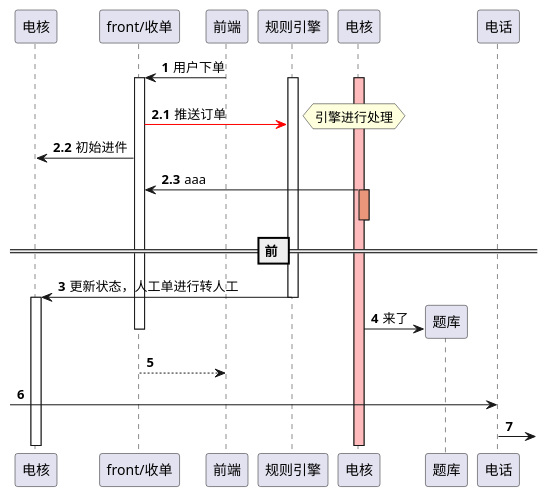
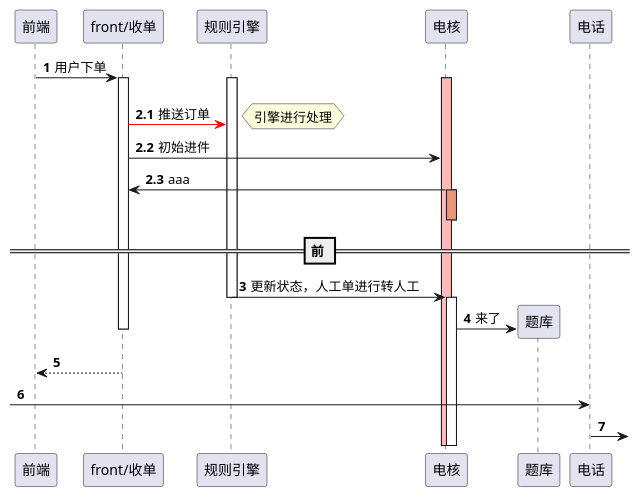
One commit to beareserve/plantuml changed the diagram in file/sequence/电核业务流程.puml. Above: the diagram before and after it, drawn with PlantUML. The commit also changed 1 other file, not shown here.

```diff
--- a/file/sequence/电核业务流程.puml
+++ b/file/sequence/电核业务流程.puml
@@ -1,29 +1,33 @@
 @startuml
 skinparam responseMessageBelowArrow true
 hide unlinked
+participant 前端 as q
+participant "front/收单" as rao
+participant 规则引擎 as y
 participant 电核 as d
-participant "front/收单" as rao
+participant 题库 as t
+participant 额度 as e
 autonumber
-前端 -> rao : 用户下单
+q -> rao : 用户下单
 activate rao
-activate "规则引擎"
-activate 电核 #FFBBBB
+activate y
+activate d #FFBBBB
 ||13|
 autonumber2.1
-rao -[#red]> "规则引擎": 推送订单
+rao -[#red]> y: 推送订单
 hnote right: 引擎进行处理
 rao -> d: 初始进件
-电核 -> rao: aaa
+d -> rao: aaa
 
 == 前 ==
-activate 电核#DarkSalmon
-deactivate 电核
+activate d#DarkSalmon
+deactivate d
 autonumber3
-"规则引擎" ->d --++: 更新状态，人工单进行转人工
-create 题库
-电核 -> 题库:来了
+y ->d --++: 更新状态，人工单进行转人工
+create t
+d -> t:来了
 deactivate rao
 return
 [->电话
 电话->]
 @enduml
```
